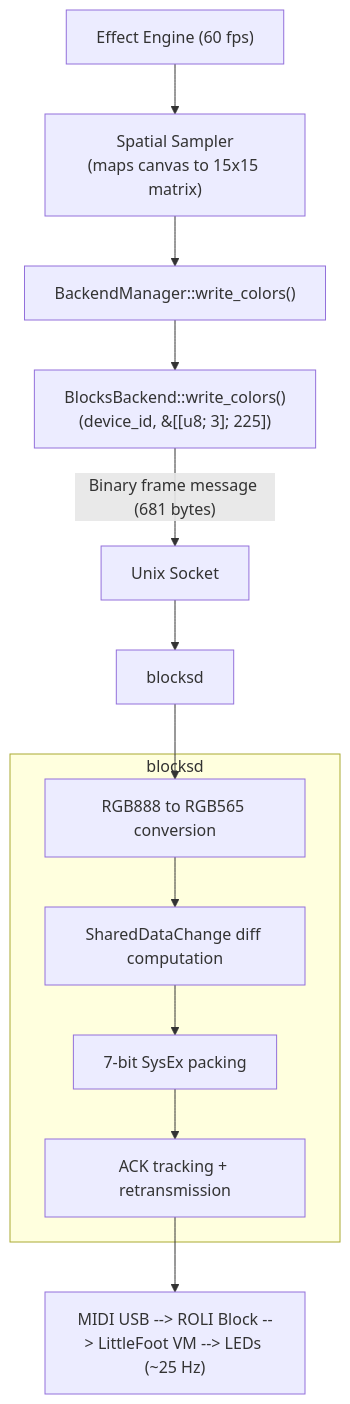
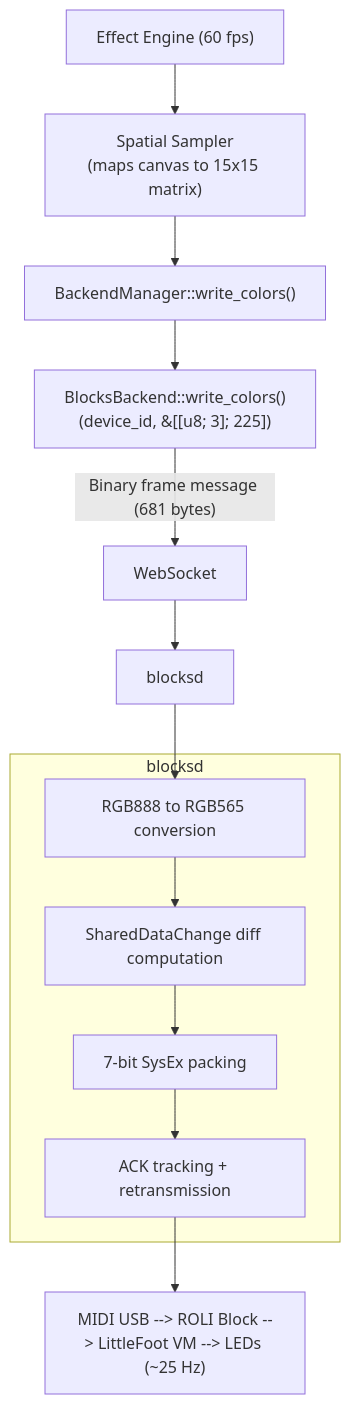
The third of 4 diagrams in docs/specs/30-roli-blocks-backend.md (hyperb1iss/hypercolor), drawn with Mermaid before and after one commit. The commit also changed other lines of this file and 38 other files, not shown here.

````diff
--- a/docs/specs/30-roli-blocks-backend.md
+++ b/docs/specs/30-roli-blocks-backend.md
@@ -741,18 +741,18 @@
 ```mermaid
 graph TD
     Engine["Effect Engine (60 fps)"] --> Sampler["Spatial Sampler<br/>(maps canvas to 15x15 matrix)"]
     Sampler --> BM["BackendManager::write_colors()"]
     BM --> BB["BlocksBackend::write_colors()<br/>(device_id, &[[u8; 3]; 225])"]
-    BB -->|"Binary frame message (681 bytes)"| Socket[Unix Socket]
+    BB -->|"Binary frame message (681 bytes)"| Socket[WebSocket]
     Socket --> blocksd
 
     subgraph blocksd_processing [blocksd]
         B1["RGB888 to RGB565 conversion"]
         B2[SharedDataChange diff computation]
         B3[7-bit SysEx packing]
         B4[ACK tracking + retransmission]
     end
 
     blocksd --> B1 --> B2 --> B3 --> B4
     B4 --> MIDI["MIDI USB --> ROLI Block --> LittleFoot VM --> LEDs (~25 Hz)"]
 ```
````
